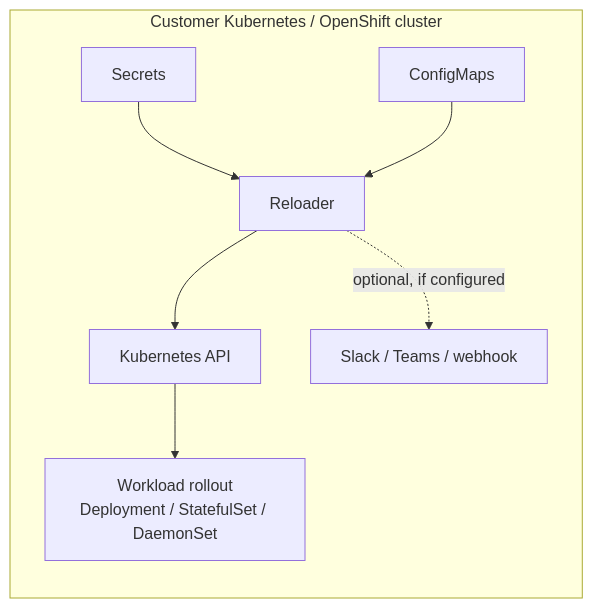
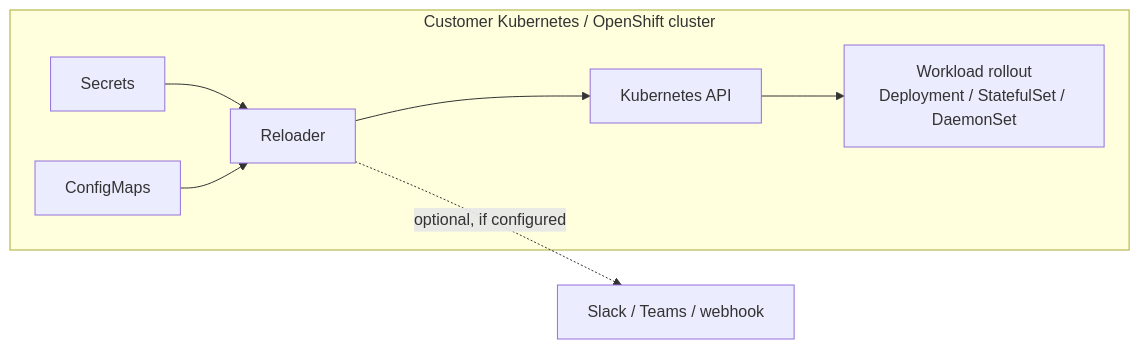
The diagram in content/security/index.md (stakater/reloader-docs), drawn with Mermaid before and after one commit.

Commit message:
move notification endpoints outside the cluster boundary in diagram
Slack/Teams/webhook targets are external; the dotted edge now crosses
the cluster boundary, showing it is the only optional egress.

````diff
--- a/content/security/index.md
+++ b/content/security/index.md
@@ -48,10 +48,10 @@
 ```mermaid
 flowchart LR
     subgraph cluster["Customer Kubernetes / OpenShift cluster"]
         S[Secrets] --> R[Reloader]
         C[ConfigMaps] --> R
         R --> API[Kubernetes API]
         API --> W[Workload rollout<br/>Deployment / StatefulSet / DaemonSet]
-        R -. "optional, if configured" .-> N[Slack / Teams / webhook]
     end
+    R -. "optional, if configured" .-> N[Slack / Teams / webhook]
 ```
````
